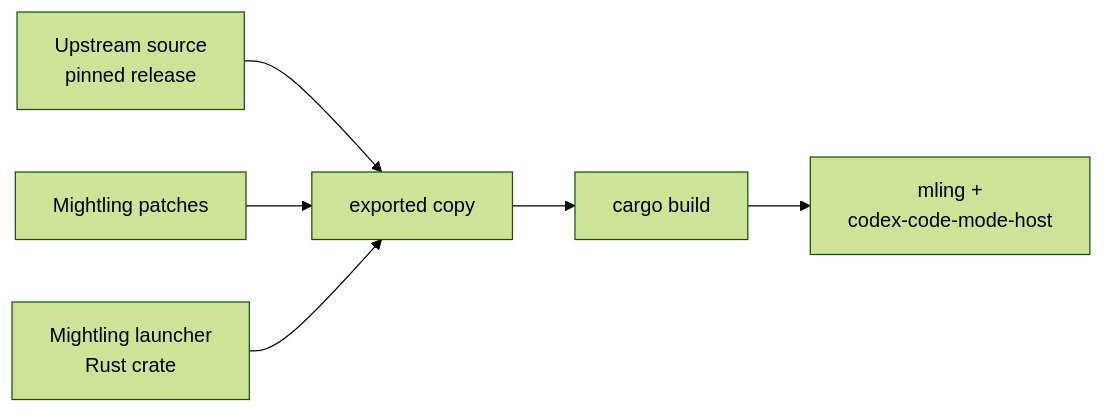
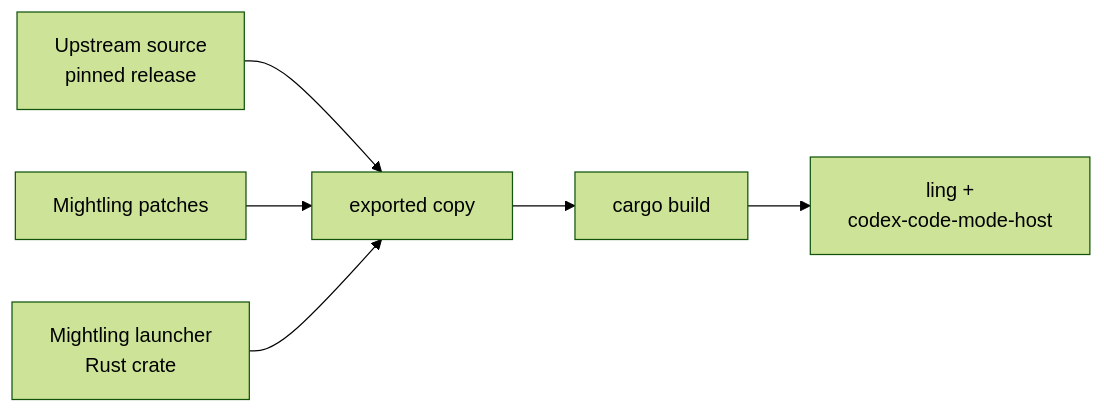
Before and after one commit to dreamference/mightling: the second of 2 diagrams in docs/architecture.md, drawn with Mermaid (forest theme). The commit also changed other lines of this file and 391 other files, not shown here.

Commit message:
Rename: the command is ling, not mling (the user's decision); crates and folders ling-*; the collision on npm and crates.io accepted in the plan

````diff
--- a/docs/architecture.md
+++ b/docs/architecture.md
@@ -44,7 +44,7 @@
 ```mermaid
 flowchart LR
     C[Upstream source<br/>pinned release] --> E[exported copy]
     P[Mightling patches] --> E
     L[Mightling launcher<br/>Rust crate] --> E
-    E --> X[cargo build] --> Y[mling +<br/>codex-code-mode-host]
+    E --> X[cargo build] --> Y[ling +<br/>codex-code-mode-host]
 ```
````
